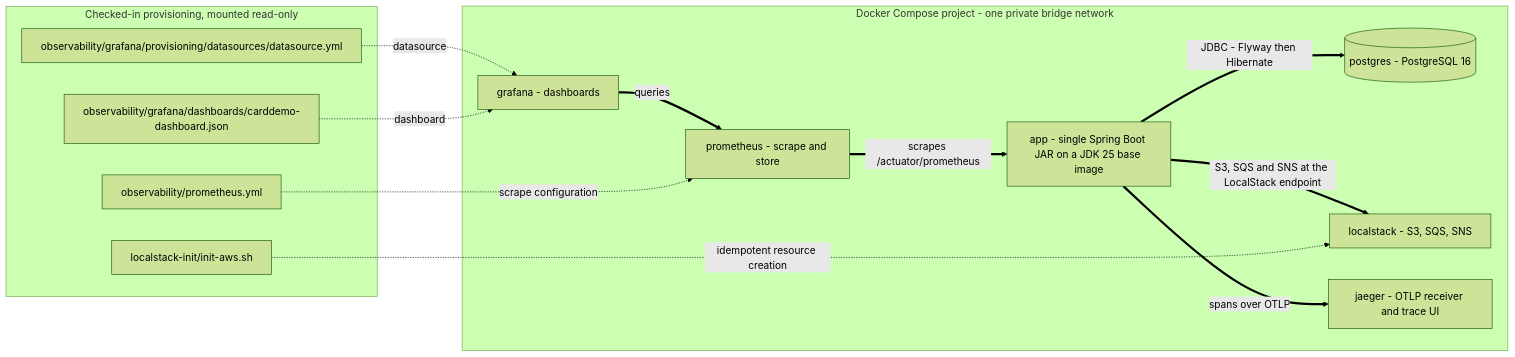
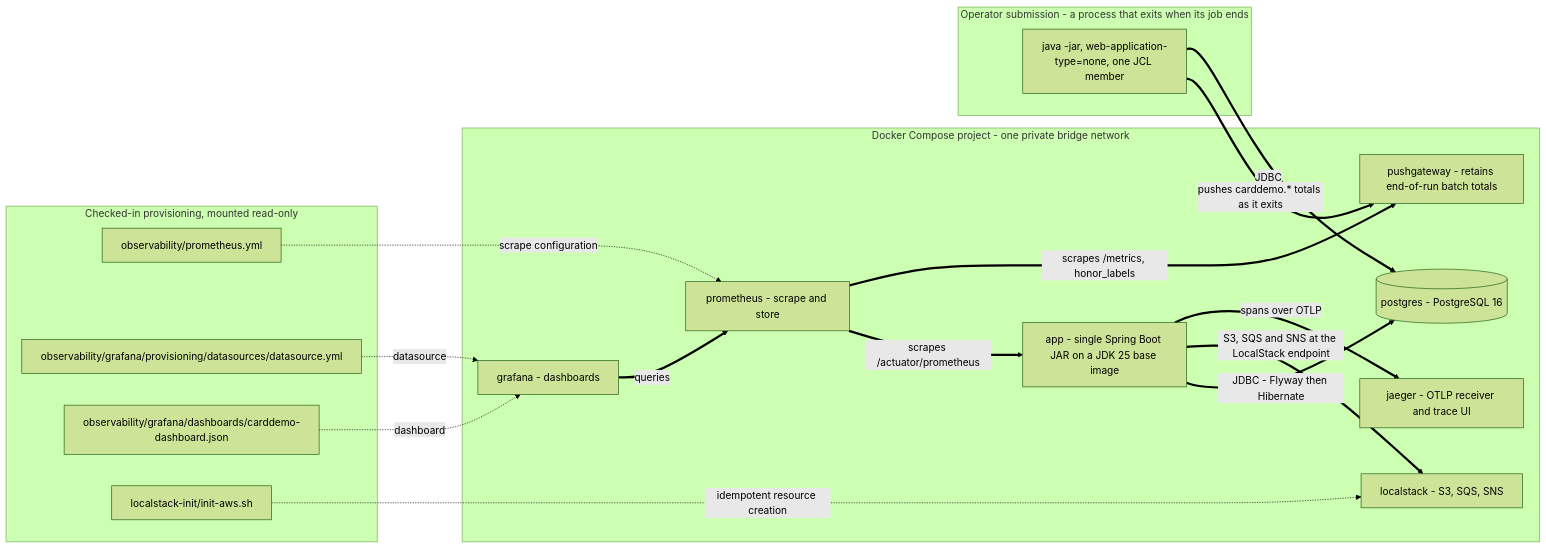
Before and after one commit to Blitzy-Sandbox/blitzy-card-demo: the seventh of 9 diagrams in docs/architecture-before-after.md, drawn with Mermaid (forest theme). The commit also changed other lines of this file and 126 other files, not shown here.

````diff
--- a/docs/architecture-before-after.md
+++ b/docs/architecture-before-after.md
@@ -1487,29 +1550,37 @@
 ```mermaid
 graph LR
     subgraph STACK["Docker Compose project - one private bridge network"]
         APP["app - single Spring Boot JAR on a JDK 25 base image"]
         PGS[("postgres - PostgreSQL 16")]
         LS["localstack - S3, SQS, SNS"]
         JG["jaeger - OTLP receiver and trace UI"]
+        PG["pushgateway - retains end-of-run batch totals"]
         PM["prometheus - scrape and store"]
         GF["grafana - dashboards"]
+    end
+
+    subgraph BATCH["Operator submission - a process that exits when its job ends"]
+        BJ["java -jar, web-application-type=none, one JCL member"]
     end
 
     subgraph MOUNTS["Checked-in provisioning, mounted read-only"]
         P1["observability/prometheus.yml"]
         P2["observability/grafana/provisioning/datasources/datasource.yml"]
         P3["observability/grafana/dashboards/carddemo-dashboard.json"]
         P4["localstack-init/init-aws.sh"]
     end
 
     APP ==>|"JDBC - Flyway then Hibernate"| PGS
     APP ==>|"S3, SQS and SNS at the LocalStack endpoint"| LS
     APP ==>|"spans over OTLP"| JG
     PM ==>|"scrapes /actuator/prometheus"| APP
+    PM ==>|"scrapes /metrics, honor_labels"| PG
+    BJ ==>|"pushes carddemo.* totals as it exits"| PG
+    BJ ==>|"JDBC"| PGS
     GF ==>|"queries"| PM
 
     P1 -.->|"scrape configuration"| PM
     P2 -.->|"datasource"| GF
     P3 -.->|"dashboard"| GF
     P4 -.->|"idempotent resource creation"| LS
 ```
````
